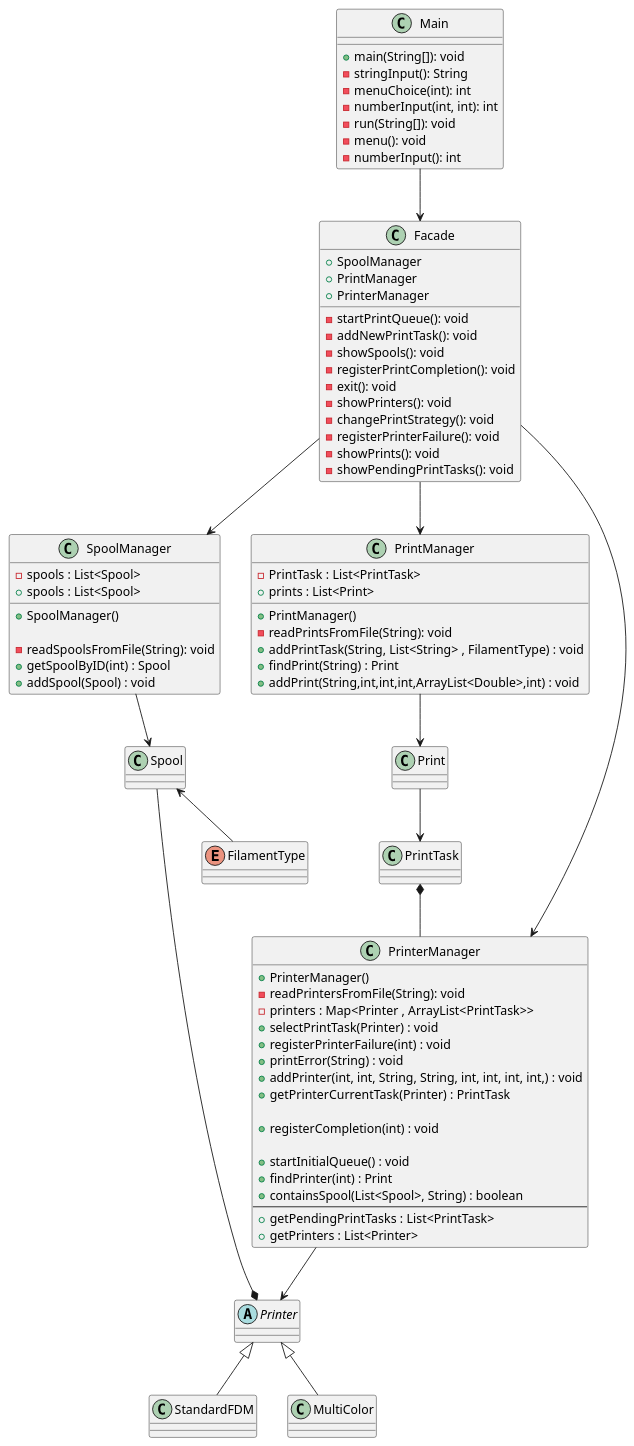
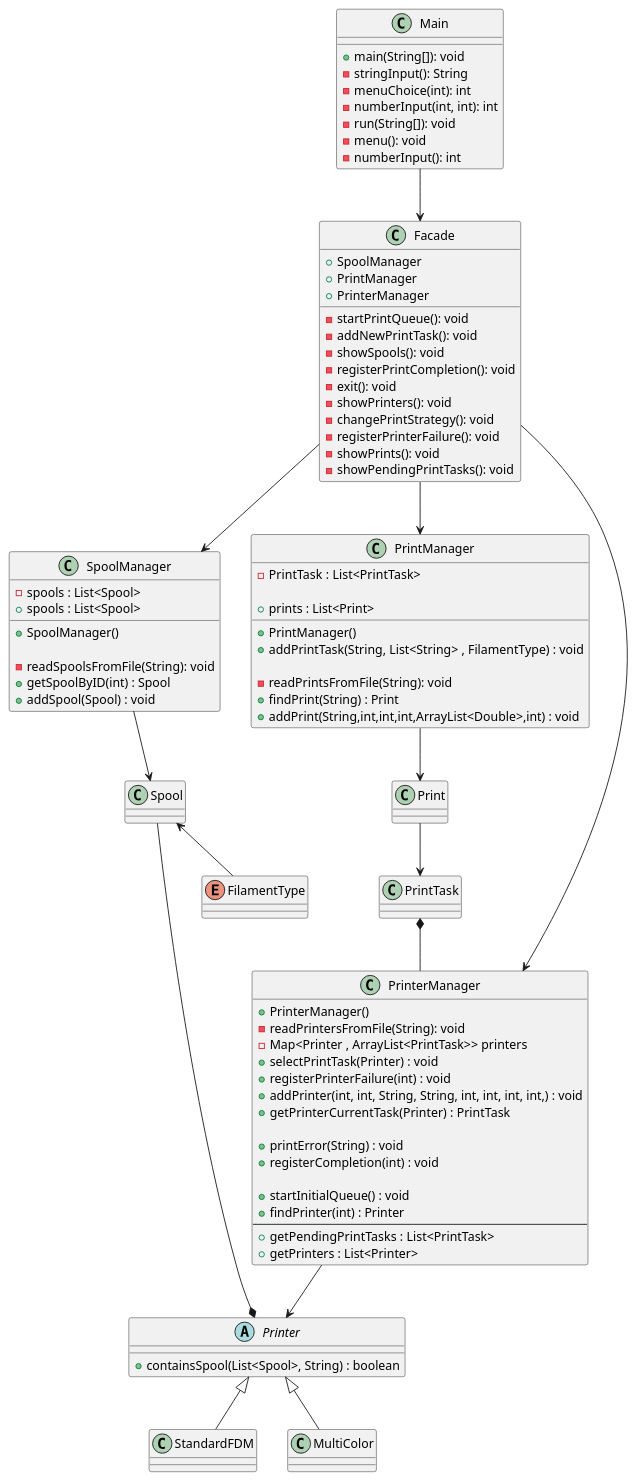
Before and after one commit to rtavares14/System-Design: the diagram in docs/Diagrams/Class Diagram 2.1 1part.puml, drawn with PlantUML.

Commit message:
commiting changes to diagram

```diff
--- a/docs/Diagrams/Class Diagram 2.1 1part.puml
+++ b/docs/Diagrams/Class Diagram 2.1 1part.puml
@@ -1,98 +1,101 @@
 @startuml
 'https://plantuml.com/sequence-diagram
 
 class Main{
     + main(String[]): void
     - stringInput(): String
     - menuChoice(int): int
     - numberInput(int, int): int
     - run(String[]): void
     - menu(): void
     - numberInput(): int
     }
 
 class Facade{
     +SpoolManager
     +PrintManager
     +PrinterManager
     - startPrintQueue(): void
     - addNewPrintTask(): void
     - showSpools(): void
     - registerPrintCompletion(): void
     - exit(): void
     - showPrinters(): void
     - changePrintStrategy(): void
     - registerPrinterFailure(): void
     - showPrints(): void
     - showPendingPrintTasks(): void
 }
 class PrintManager{
  + PrintManager()
-    - readPrintsFromFile(String): void
-     - PrintTask : List<PrintTask>
+
+      - PrintTask : List<PrintTask>
       + addPrintTask(String, List<String> , FilamentType) : void
-        + findPrint(String) : Print
-          + addPrint(String,int,int,int,ArrayList<Double>,int) : void
-            + prints : List<Print>
+
+      - readPrintsFromFile(String): void
+      + findPrint(String) : Print
+      + addPrint(String,int,int,int,ArrayList<Double>,int) : void
+      + prints : List<Print>
 
 }
 class SpoolManager{
        + SpoolManager()
 
     - readSpoolsFromFile(String): void
       - spools : List<Spool>
         + getSpoolByID(int) : Spool
           + addSpool(Spool) : void
               + spools : List<Spool>
 
 
 }
 class PrinterManager{
-       + PrinterManager()
+    + PrinterManager()
     - readPrintersFromFile(String): void
-    - printers : Map<Printer , ArrayList<PrintTask>>
-  + selectPrintTask(Printer) : void
-  + registerPrinterFailure(int) : void
-  + printError(String) : void
-  + addPrinter(int, int, String, String, int, int, int, int,) : void
-  + getPrinterCurrentTask(Printer) : PrintTask
+    - Map<Printer , ArrayList<PrintTask>> printers
+    + selectPrintTask(Printer) : void
+    + registerPrinterFailure(int) : void
+    + addPrinter(int, int, String, String, int, int, int, int,) : void
+    + getPrinterCurrentTask(Printer) : PrintTask
 
-  + registerCompletion(int) : void
+    + printError(String) : void
+    + registerCompletion(int) : void
 
- + startInitialQueue() : void
-  + findPrinter(int) : Print
-  + containsSpool(List<Spool>, String) : boolean
+  + startInitialQueue() : void
+  + findPrinter(int) : Printer
 --
   + getPendingPrintTasks : List<PrintTask>
   + getPrinters : List<Printer>
 }
-abstract class Printer{}
+abstract class Printer{
++ containsSpool(List<Spool>, String) : boolean
+}
 class Spool{}
 class Print{}
 class StandardFDM{}
 class MultiColor{}
 class PrintTask{}
 enum FilamentType{}
 
 
 Main -down-> Facade
 
 Facade -down-> SpoolManager
 SpoolManager -down-> Spool
 Spool <-- FilamentType
 Spool --* Printer
 
 Facade -down-> PrintManager
 PrintManager -down-> Print
 Print -down-> PrintTask
 PrintTask *-- PrinterManager
 
 Facade -down-> PrinterManager
 PrinterManager -down-> Printer
 Printer <|-- StandardFDM
 Printer <|-- MultiColor
 
 
 
 
 @enduml
```
